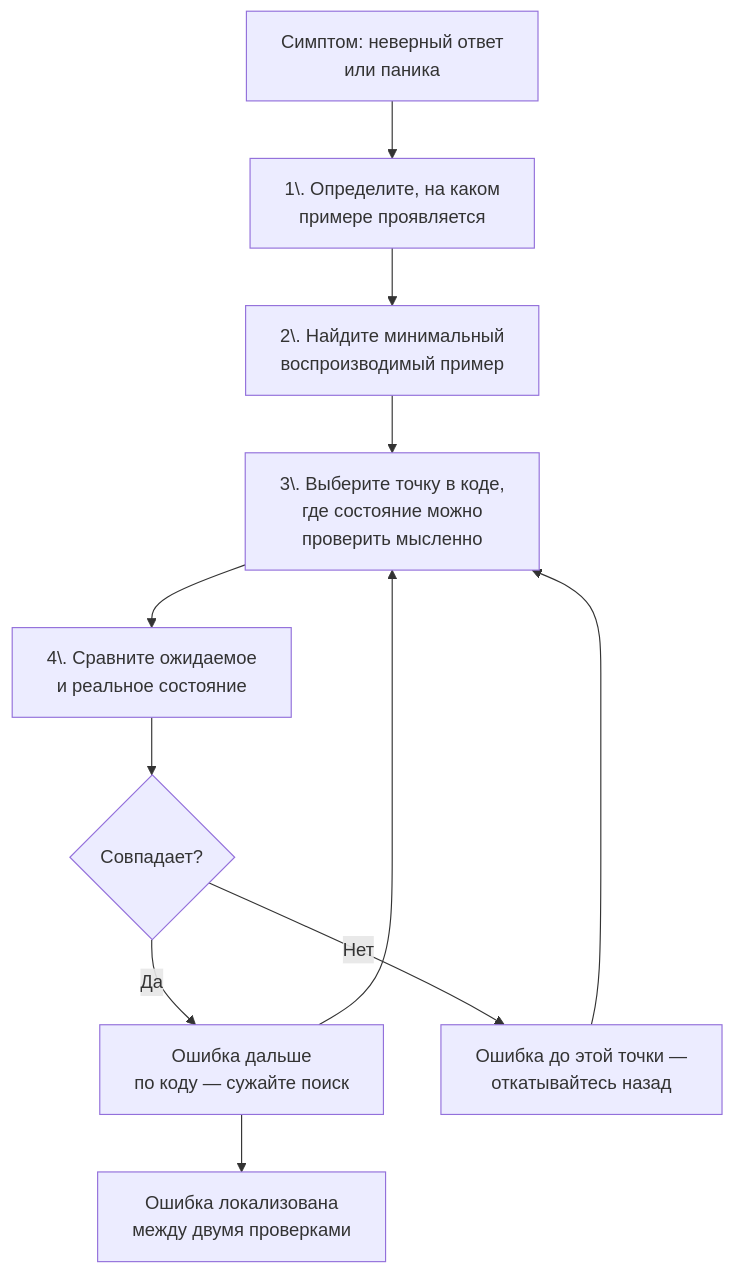
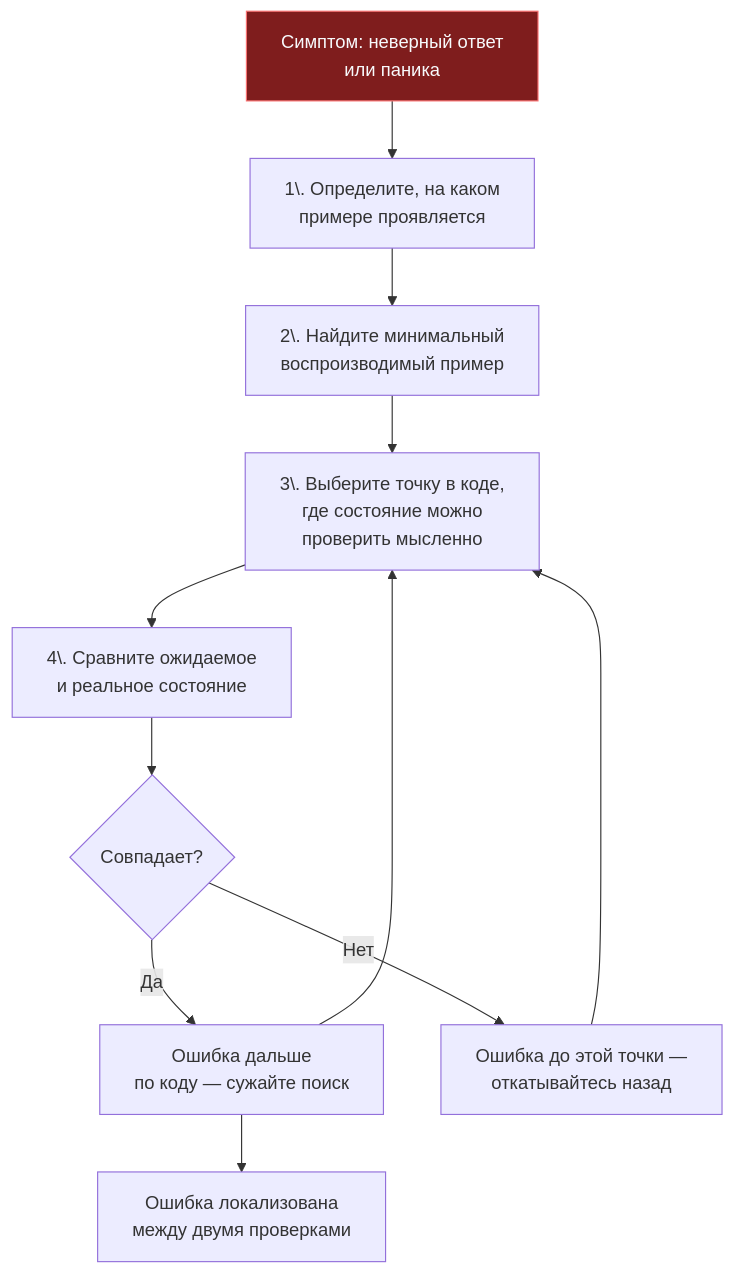
Before and after one commit to UnrealTemplier/go-textbook: the diagram in sources/21. Задачи с LeetCode и собеседований на Go/01. Теория/20. Debugging алгоритмов.md, drawn with Mermaid. The commit also changed 1666 other files, not shown here.

First line of the commit message:
feat(mermaid): add semantic color classDef to 1369 colorless flowchart/graph diagrams

````diff
--- a/sources/21. Задачи с LeetCode и собеседований на Go/01. Теория/20. Debugging алгоритмов.md
+++ b/sources/21. Задачи с LeetCode и собеседований на Go/01. Теория/20. Debugging алгоритмов.md
@@ -10,13 +10,23 @@
 ```mermaid
 flowchart TD
-    Bug["Симптом: неверный ответ<br>или паника"] --> Step1["1\. Определите, на каком<br>примере проявляется"]
+    classDef process  fill:#1e293b,stroke:#38bdf8,stroke-width:1px,color:#f8fafc
+    classDef success  fill:#064e3b,stroke:#34d399,stroke-width:1px,color:#f8fafc
+    classDef error    fill:#7f1d1d,stroke:#f87171,stroke-width:1px,color:#f8fafc
+    classDef warning  fill:#78350f,stroke:#fbbf24,stroke-width:1px,color:#f8fafc
+    classDef entry    fill:#1e3a5f,stroke:#38bdf8,stroke-width:2px,color:#f8fafc
+    classDef aux      fill:#334155,stroke:#64748b,stroke-width:1px,color:#f8fafc
+    classDef system   fill:#312e81,stroke:#a78bfa,stroke-width:1px,color:#f8fafc
+    classDef data     fill:#132d29,stroke:#2dd4bf,stroke-width:1px,color:#f8fafc
+    classDef network  fill:#881337,stroke:#fb7185,stroke-width:1px,color:#f8fafc
+    classDef accent   fill:#1e1b4b,stroke:#818cf8,stroke-width:1px,color:#f8fafc
+    Bug["Симптом: неверный ответ<br>или паника"]:::error --> Step1["1\. Определите, на каком<br>примере проявляется"]
     Step1 --> Step2["2\. Найдите минимальный<br>воспроизводимый пример"]
     Step2 --> Step3["3\. Выберите точку в коде,<br>где состояние можно<br>проверить мысленно"]
     Step3 --> Step4["4\. Сравните ожидаемое<br>и реальное состояние"]
     Step4 --> Match{"Совпадает?"}
     Match -->|"Да"| Step5["Ошибка дальше<br>по коду — сужайте поиск"]
     Match -->|"Нет"| Step6["Ошибка до этой точки —<br>откатывайтесь назад"]
     Step5 --> Step3
     Step6 --> Step3
     Step5 --> Found["Ошибка локализована<br>между двумя проверками"]
 ```
````
